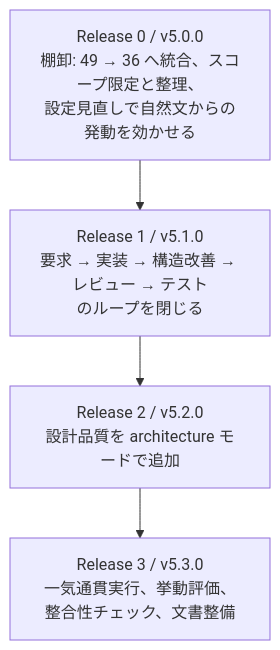
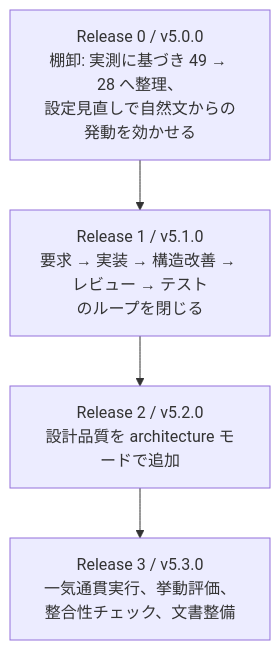
The diagram in issues/ndf-development-skills/06-release-plan.md (devbasex/ai-plugins), drawn with Mermaid before and after one commit. The commit also changed other lines of this file and 3 other files, not shown here.

````diff
--- a/issues/ndf-development-skills/06-release-plan.md
+++ b/issues/ndf-development-skills/06-release-plan.md
@@ -9,8 +9,8 @@
 ```mermaid
 flowchart TD
-    R0["Release 0 / v5.0.0<br/>棚卸: 49 → 36 へ統合、スコープ限定と整理、<br/>設定見直しで自然文からの発動を効かせる"]
+    R0["Release 0 / v5.0.0<br/>棚卸: 実測に基づき 49 → 28 へ整理、<br/>設定見直しで自然文からの発動を効かせる"]
     R1["Release 1 / v5.1.0<br/>要求 → 実装 → 構造改善 → レビュー → テスト<br/>のループを閉じる"]
     R2["Release 2 / v5.2.0<br/>設計品質を architecture モードで追加"]
     R3["Release 3 / v5.3.0<br/>一気通貫実行、挙動評価、整合性チェック、文書整備"]
     R0 --> R1 --> R2 --> R3
 ```
````
